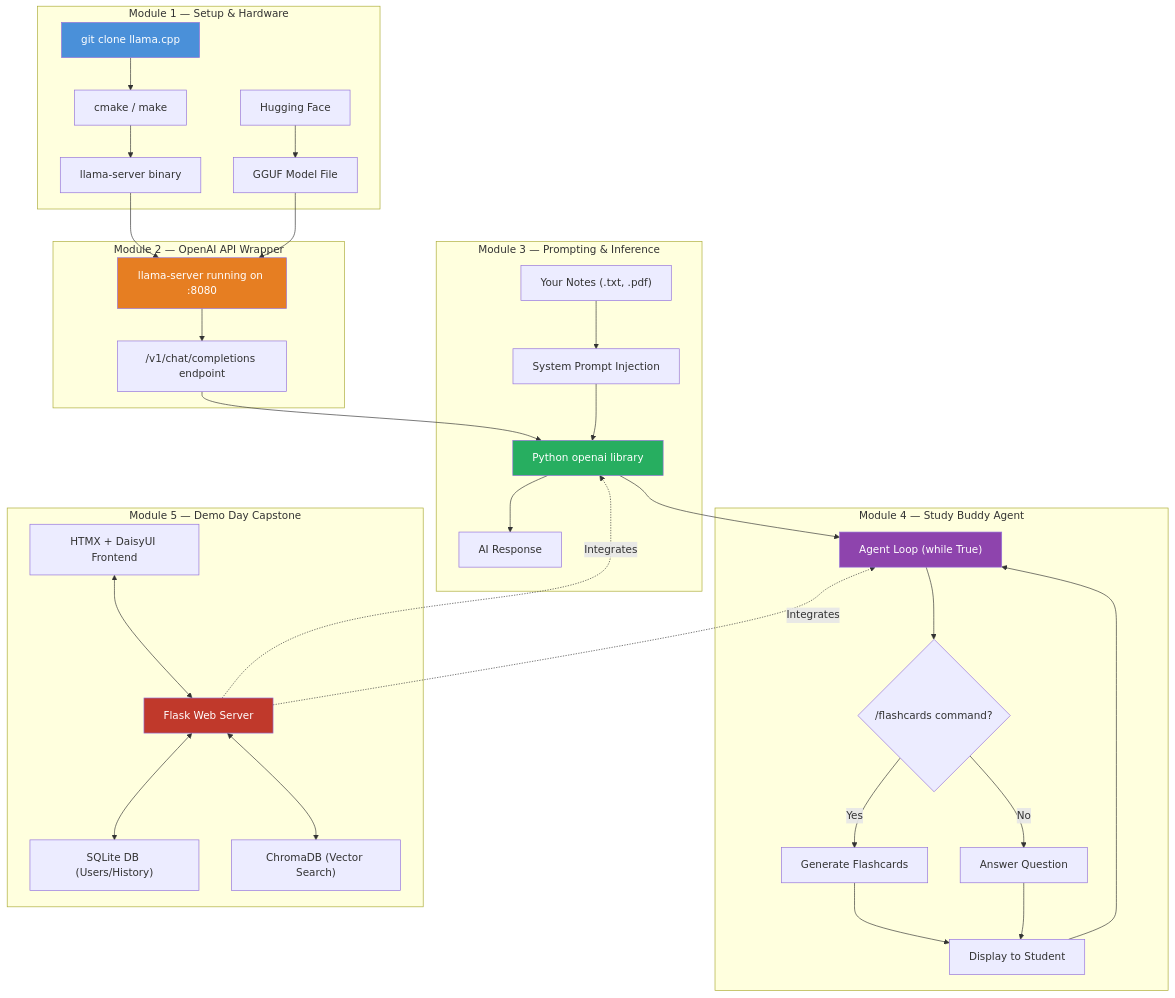
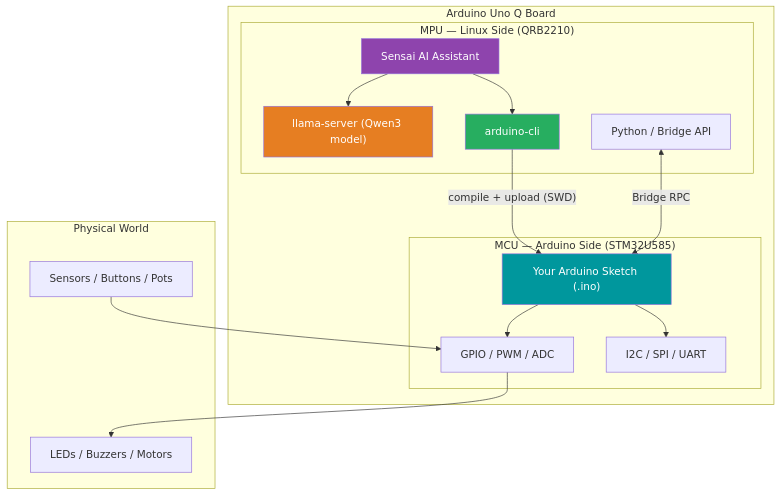
One commit to laurenvil/Sensai changed the first of 4 diagrams in curriculum/assets/architecture-diagram.md. Above: the diagram before and after it, drawn with Mermaid. The commit also changed other lines of this file and 84 other files, not shown here.

````diff
--- a/curriculum/assets/architecture-diagram.md
+++ b/curriculum/assets/architecture-diagram.md
@@ -5,53 +9,37 @@
 ```mermaid
 graph TB
-    subgraph "Module 1 — Setup & Hardware"
-        A["git clone llama.cpp"] --> B["cmake / make"]
-        B --> C["llama-server binary"]
-        D["Hugging Face"] --> E["GGUF Model File"]
+    subgraph "Arduino Uno Q Board"
+        subgraph "MPU — Linux Side (QRB2210)"
+            A["Sensai AI Assistant"]
+            B["llama-server (Qwen3 model)"]
+            C["arduino-cli"]
+            D["Python / Bridge API"]
+            A --> B
+            A --> C
+        end
+
+        subgraph "MCU — Arduino Side (STM32U585)"
+            E["Your Arduino Sketch (.ino)"]
+            F["GPIO / PWM / ADC"]
+            G["I2C / SPI / UART"]
+            E --> F
+            E --> G
+        end
+
+        C -->|"compile + upload (SWD)"| E
+        D <-->|"Bridge RPC"| E
     end
 
-    subgraph "Module 2 — OpenAI API Wrapper"
-        C --> F["llama-server running on :8080"]
-        E --> F
-        F --> G["/v1/chat/completions endpoint"]
+    subgraph "Physical World"
+        H["LEDs / Buzzers / Motors"]
+        I["Sensors / Buttons / Pots"]
     end
 
-    subgraph "Module 3 — Prompting & Inference"
-        G --> H["Python openai library"]
-        I["Your Notes (.txt, .pdf)"] --> J["System Prompt Injection"]
-        J --> H
-        H --> K["AI Response"]
-    end
+    F --> H
+    I --> F
 
-    subgraph "Module 4 — Study Buddy Agent"
-        H --> L["Agent Loop (while True)"]
-        L --> M{"/flashcards command?"}
-        M -->|Yes| N["Generate Flashcards"]
-        M -->|No| O["Answer Question"]
-        N --> P["Display to Student"]
-        O --> P
-        P --> L
-    end
-
-    subgraph "Module 5 — Demo Day Capstone"
-        Q["Flask Web Server"]
-        R["SQLite DB (Users/History)"]
-        S["ChromaDB (Vector Search)"]
-        T["HTMX + DaisyUI Frontend"]
-        
-        T <--> Q
-        Q <--> R
-        Q <--> S
-    end
-
-    %% Cross-Module Integrations
-    L ~~~ Q
-    Q -.->|Integrates| H
-    Q -.->|Integrates| L
-
-    style A fill:#4a90d9,color:#fff
-    style F fill:#e67e22,color:#fff
-    style H fill:#27ae60,color:#fff
-    style L fill:#8e44ad,color:#fff
-    style Q fill:#c0392b,color:#fff
+    style A fill:#8e44ad,color:#fff
+    style B fill:#e67e22,color:#fff
+    style E fill:#00979D,color:#fff
+    style C fill:#27ae60,color:#fff
 ```
````
